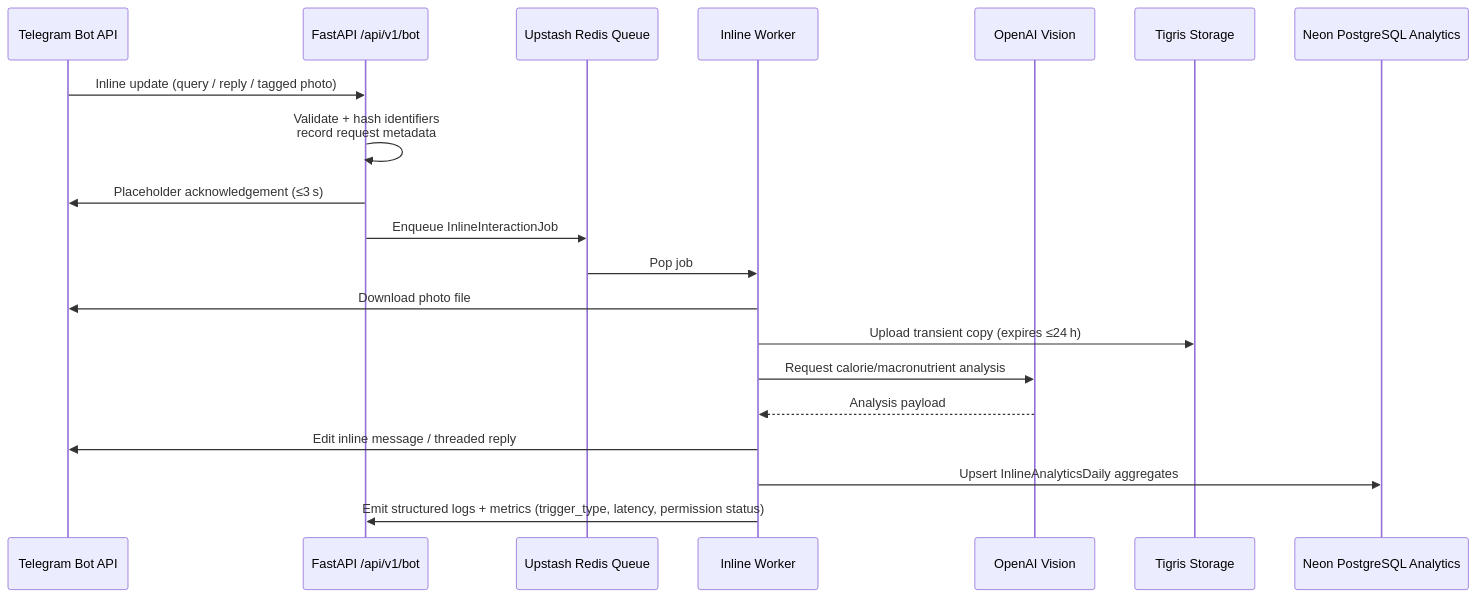
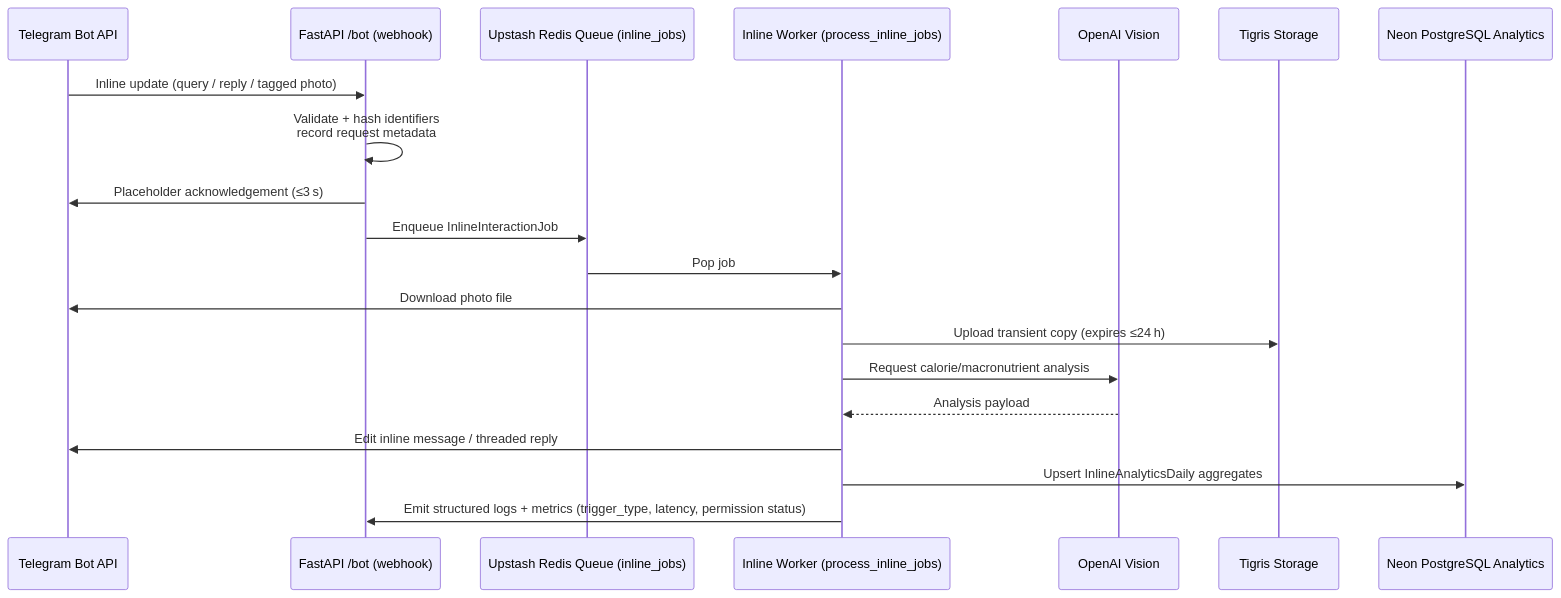
The second of 14 diagrams in docs/ARCHITECTURE.md (gofrolist/calorie-track-ai-bot-api), drawn with Mermaid before and after one commit. The commit also changed other lines of this file and 49 other files, not shown here.

First line of the commit message:
docs: align documentation with current code and architecture

````diff
--- a/docs/ARCHITECTURE.md
+++ b/docs/ARCHITECTURE.md
@@ -127,23 +120,23 @@
 ```mermaid
 sequenceDiagram
     participant TG as Telegram Bot API
-    participant API as FastAPI /api/v1/bot
-    participant RQ as Upstash Redis Queue
-    participant WK as Inline Worker
+    participant API as FastAPI /bot (webhook)
+    participant RQ as Upstash Redis Queue (inline_jobs)
+    participant WK as Inline Worker (process_inline_jobs)
     participant OA as OpenAI Vision
     participant ST as Tigris Storage
     participant SA as Neon PostgreSQL Analytics
 
     TG->>API: Inline update (query / reply / tagged photo)
     API->>API: Validate + hash identifiers<br/>record request metadata
     API->>TG: Placeholder acknowledgement (≤3 s)
     API->>RQ: Enqueue InlineInteractionJob
     RQ->>WK: Pop job
     WK->>TG: Download photo file
     WK->>ST: Upload transient copy (expires ≤24 h)
     WK->>OA: Request calorie/macronutrient analysis
     OA-->>WK: Analysis payload
     WK->>TG: Edit inline message / threaded reply
     WK->>SA: Upsert InlineAnalyticsDaily aggregates
     WK->>API: Emit structured logs + metrics (trigger_type, latency, permission status)
 ```
````
